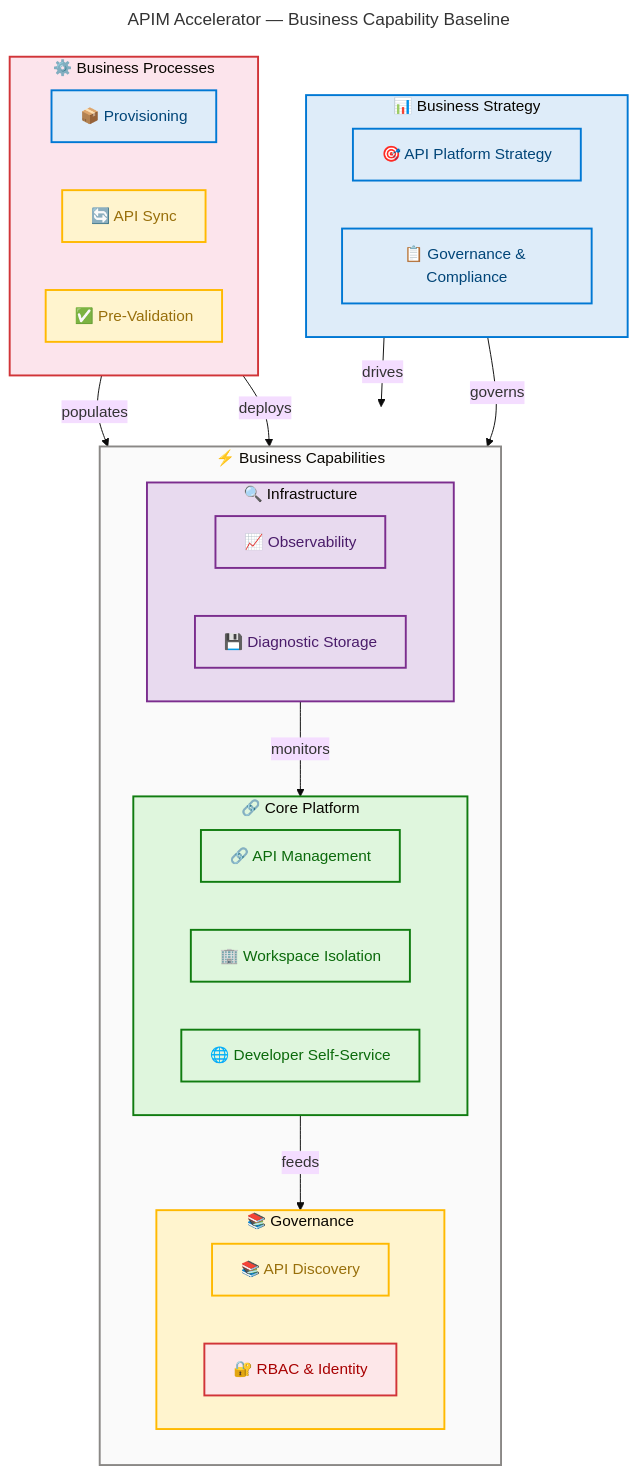
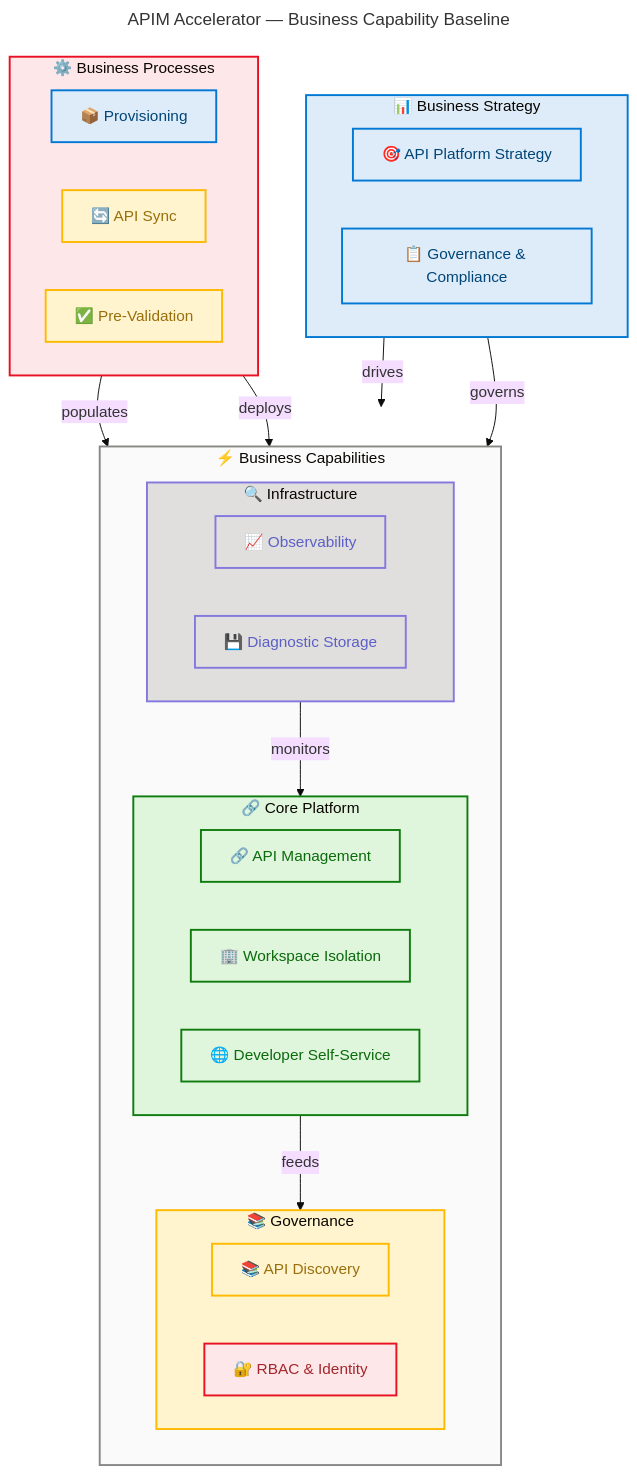
Before and after one commit to Evilazaro/APIM-Accelerator: the fourth of 8 diagrams in docs/architecture/business-architecture.md, drawn with Mermaid.

Commit message:
Refine business architecture diagrams: Update color coding for components to enhance clarity and visual distinction

````diff
--- a/docs/architecture/business-architecture.md
+++ b/docs/architecture/business-architecture.md
@@ -400,77 +400,77 @@
 ```mermaid
 ---
 title: "APIM Accelerator — Business Capability Baseline"
 config:
   theme: base
   look: classic
   layout: dagre
   themeVariables:
     fontSize: "16px"
   flowchart:
     htmlLabels: true
 ---
 flowchart TB
     accTitle: APIM Accelerator Business Capability Baseline
     accDescr: Shows the current-state business capabilities organized by maturity level across Core Platform, API Governance, and Shared Infrastructure domains
 
     %% ═══════════════════════════════════════════════════════════════════════════
     %% AZURE / FLUENT ARCHITECTURE PATTERN v1.1
     %% (Semantic + Structural + Font + Accessibility Governance)
     %% ═══════════════════════════════════════════════════════════════════════════
 
     subgraph strategy["📊 Business Strategy"]
         direction LR
         bs1["🎯 API Platform Strategy"]:::core
         bs2["📋 Governance & Compliance"]:::core
     end
 
     subgraph capabilities["⚡ Business Capabilities"]
         direction TB
 
         subgraph coreCap["🔗 Core Platform"]
             direction LR
-            cap1["🔗 API Management"]:::api
-            cap2["🏢 Workspace Isolation"]:::api
-            cap3["🌐 Developer Self-Service"]:::api
+            cap1["🔗 API Management"]:::success
+            cap2["🏢 Workspace Isolation"]:::success
+            cap3["🌐 Developer Self-Service"]:::success
         end
 
         subgraph govCap["📚 Governance"]
             direction LR
-            cap4["📚 API Discovery"]:::process
-            cap5["🔐 RBAC & Identity"]:::security
+            cap4["📚 API Discovery"]:::warning
+            cap5["🔐 RBAC & Identity"]:::danger
         end
 
         subgraph infraCap["🔍 Infrastructure"]
             direction LR
             cap6["📈 Observability"]:::data
             cap7["💾 Diagnostic Storage"]:::data
         end
     end
 
     subgraph processes["⚙️ Business Processes"]
         direction LR
         bp1["📦 Provisioning"]:::core
-        bp2["🔄 API Sync"]:::process
-        bp3["✅ Pre-Validation"]:::process
+        bp2["🔄 API Sync"]:::warning
+        bp3["✅ Pre-Validation"]:::warning
     end
 
     bs1 -->|"drives"| coreCap
     bs2 -->|"governs"| govCap
     cap1 -->|"feeds"| cap4
     cap6 -->|"monitors"| cap1
     bp1 -->|"deploys"| capabilities
     bp2 -->|"populates"| cap4
 
     style strategy fill:#DEECF9,stroke:#0078D4,stroke-width:2px
     style capabilities fill:#FAFAFA,stroke:#8A8886,stroke-width:2px
     style coreCap fill:#DFF6DD,stroke:#107C10,stroke-width:2px
     style govCap fill:#FFF4CE,stroke:#FFB900,stroke-width:2px
-    style infraCap fill:#E8DAEF,stroke:#7B2D8E,stroke-width:2px
-    style processes fill:#FCE4EC,stroke:#D13438,stroke-width:2px
+    style infraCap fill:#E1DFDD,stroke:#8378DE,stroke-width:2px
+    style processes fill:#FDE7E9,stroke:#E81123,stroke-width:2px
 
     classDef core fill:#DEECF9,stroke:#0078D4,stroke-width:2px,color:#004578
-    classDef api fill:#DFF6DD,stroke:#107C10,stroke-width:2px,color:#0B6A0B
-    classDef process fill:#FFF4CE,stroke:#FFB900,stroke-width:2px,color:#986F0B
-    classDef data fill:#E8DAEF,stroke:#7B2D8E,stroke-width:2px,color:#4A1C6A
-    classDef security fill:#FDE7E9,stroke:#D13438,stroke-width:2px,color:#A80000
+    classDef success fill:#DFF6DD,stroke:#107C10,stroke-width:2px,color:#0B6A0B
+    classDef warning fill:#FFF4CE,stroke:#FFB900,stroke-width:2px,color:#986F0B
+    classDef data fill:#E1DFDD,stroke:#8378DE,stroke-width:2px,color:#5B5FC7
+    classDef danger fill:#FDE7E9,stroke:#E81123,stroke-width:2px,color:#A4262C
 ```
````
